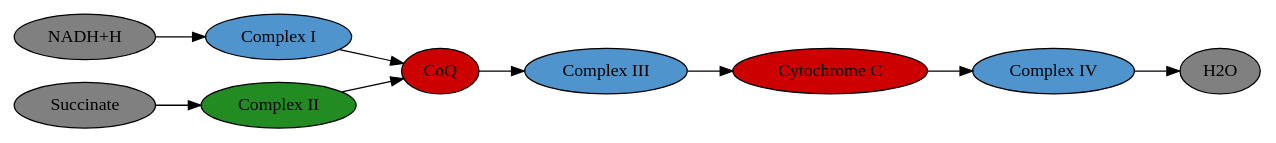
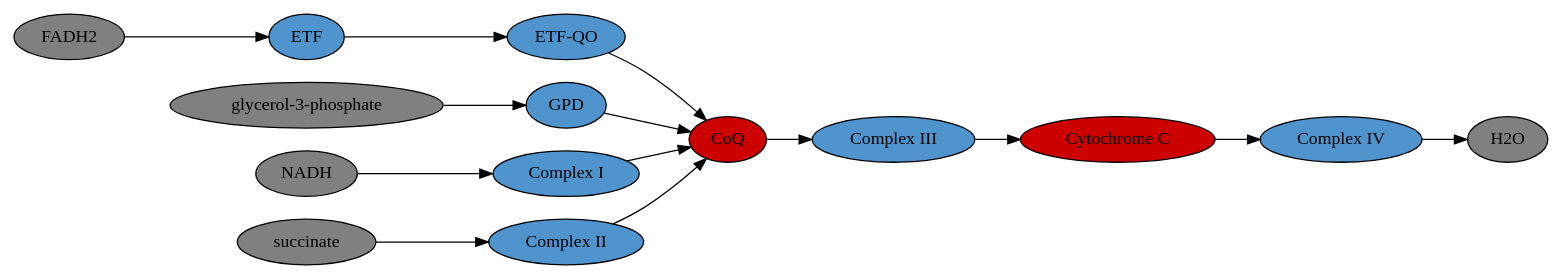
One commit to hendersonmpa/metabolics-rounds changed the first of 2 diagrams in etc/etc.org. Above: the diagram before and after it, drawn with Graphviz. The commit also changed other lines of this file and 1 other file, not shown here.

```diff
--- a/etc/etc.org
+++ b/etc/etc.org
@@ -81,26 +78,35 @@
 #+BEGIN_SRC dot :file ./figures/etc.pdf :cmdline -Kdot -Tpdf
   digraph {
            // graph from left to right
            rankdir=LR;
            splines=true;
            node [shape=oval];
-           nadh [label="NADH+H", fillcolor=grey, style=filled]
-           c1 [label="Complex I", fillcolor=steelblue3, style=filled]
-           q [label="CoQ", fillcolor=red3, style=filled]    
-           c3 [label="Complex III", fillcolor=steelblue3, style=filled]     
-           cytc [label="Cytochrome C", fillcolor=red3, style=filled]     
-           c4 [label="Complex IV", fillcolor=steelblue3, style=filled]     
-           h2o [label="H2O", fillcolor=grey, style=filled]     
-           c2 [label="Complex II", fillcolor=forestgreen, style=filled]     
-           s [label="Succinate", fillcolor=grey, style=filled]     
-           nadh -> c1
-           c1 -> q 
-           q -> c3 
-           c3 -> cytc 	 
-           cytc -> c4
-           c4 -> h2o
-           c2 -> q
-           s -> c2
-
+           fadh [label="FADH2", fillcolor=grey, style=filled];
+           etf[label="ETF", fillcolor=steelblue3, style=filled];
+           etfd[label="ETF-QO", fillcolor=steelblue3, style=filled];
+	       g3p[label="glycerol-3-phosphate", fillcolor=grey, style=filled];
+           gpd[label="GPD", fillcolor=steelblue3, style=filled];
+           nadh [label="NADH", fillcolor=grey, style=filled];
+           c1 [label="Complex I", fillcolor=steelblue3, style=filled];
+           q [label="CoQ", fillcolor=red3, style=filled];    
+           c3 [label="Complex III", fillcolor=steelblue3, style=filled];     
+           cytc [label="Cytochrome C", fillcolor=red3, style=filled];     
+           c4 [label="Complex IV", fillcolor=steelblue3, style=filled];     
+           h2o [label="H2O", fillcolor=grey, style=filled];     
+           c2 [label="Complex II", fillcolor=steelblue3, style=filled];     
+           s [label="succinate", fillcolor=grey, style=filled];     
+           fadh -> etf; 
+           etf -> etfd;
+           etfd -> q;
+           g3p -> gpd;
+           gpd -> q;
+           nadh -> c1;
+           c1 -> q;
+           q -> c3;
+           c3 -> cytc; 	 
+           cytc -> c4;
+           c4 -> h2o;
+           c2 -> q;
+           s -> c2;
            }    
 #+END_SRC
```
